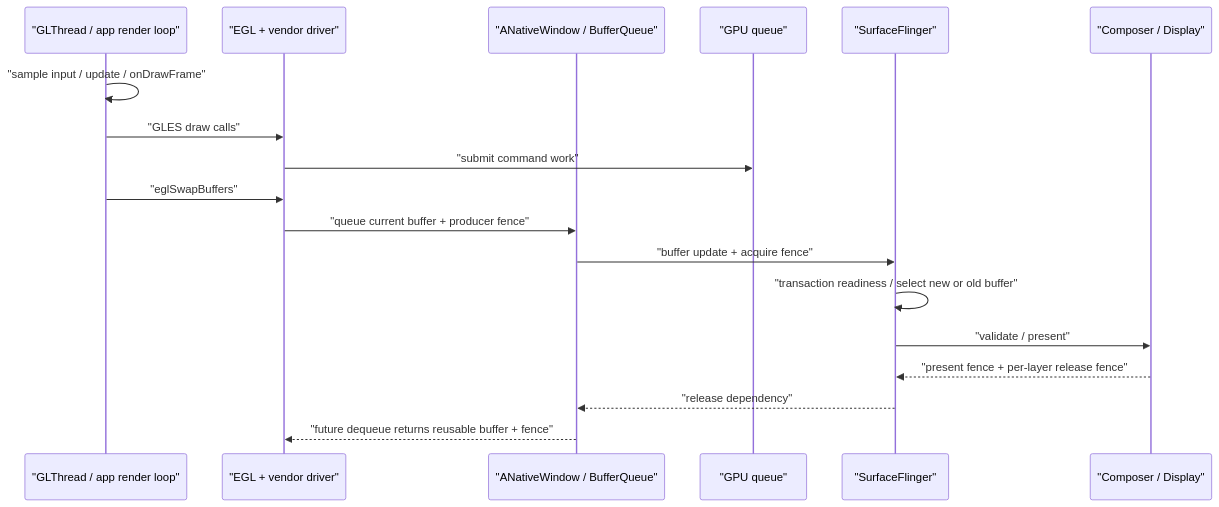
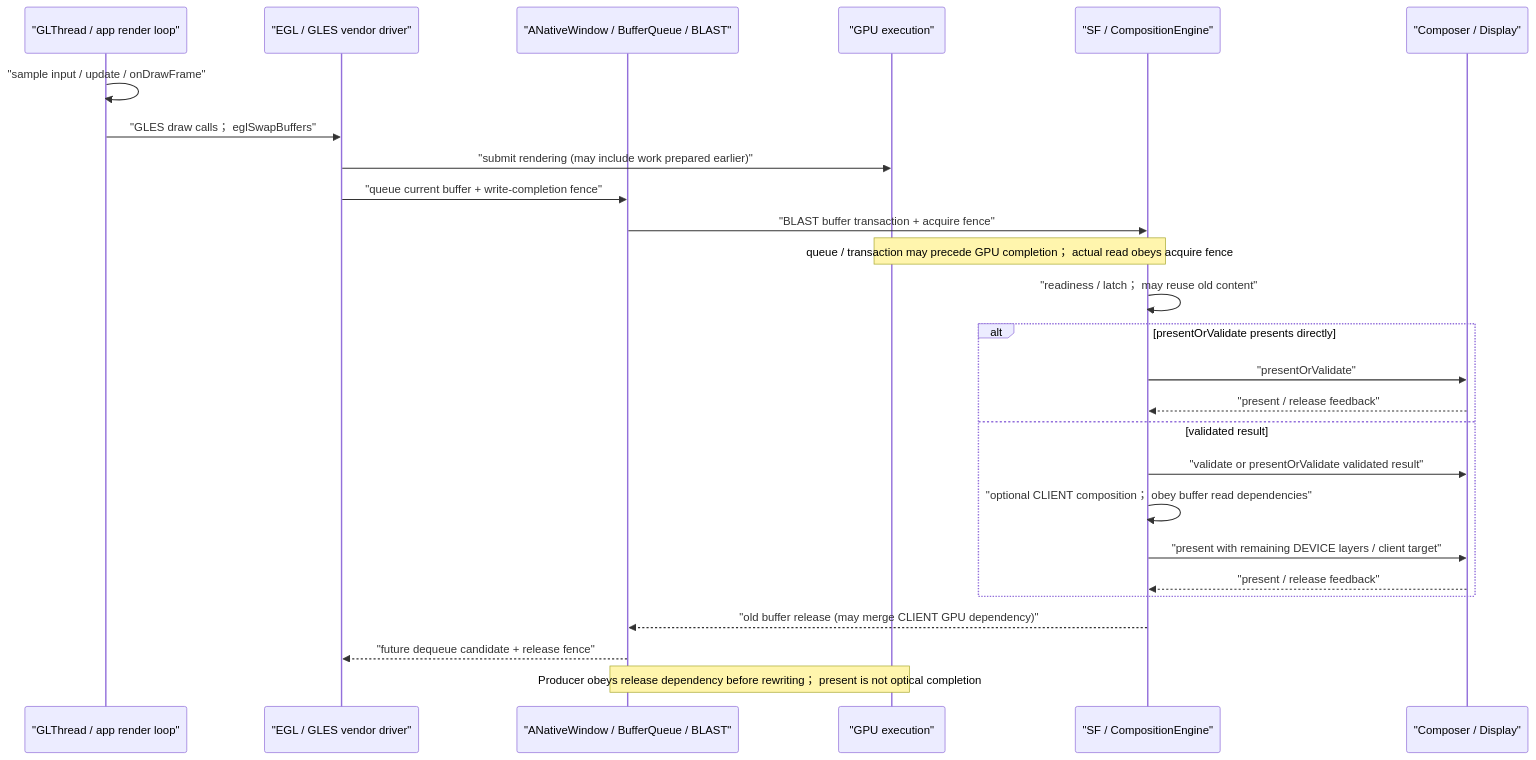
One commit to Gracker/android-internals-wiki changed the second of 4 diagrams in src/part2-performance/ch13-rendering-pipelines/04-opengl-egl-angle.md. Above: the diagram before and after it, drawn with Mermaid. The commit also changed other lines of this file and 196 other files, not shown here.

````diff
--- a/src/part2-performance/ch13-rendering-pipelines/04-opengl-egl-angle.md
+++ b/src/part2-performance/ch13-rendering-pipelines/04-opengl-egl-angle.md
@@ -254,21 +291,28 @@
 ```mermaid
 sequenceDiagram
     participant GLThreadLoop as "GLThread / app render loop"
-    participant EGL as "EGL + vendor driver"
-    participant BQ as "ANativeWindow / BufferQueue"
-    participant GPU as "GPU queue"
-    participant SF as "SurfaceFlinger"
+    participant Driver as "EGL / GLES vendor driver"
+    participant BQ as "ANativeWindow / BufferQueue / BLAST"
+    participant GPU as "GPU execution"
+    participant SF as "SF / CompositionEngine"
     participant HWC as "Composer / Display"
-
     GLThreadLoop->>GLThreadLoop: "sample input / update / onDrawFrame"
-    GLThreadLoop->>EGL: "GLES draw calls"
-    EGL->>GPU: "submit command work"
-    GLThreadLoop->>EGL: "eglSwapBuffers"
-    EGL->>BQ: "queue current buffer + producer fence"
-    BQ->>SF: "buffer update + acquire fence"
-    SF->>SF: "transaction readiness / select new or old buffer"
-    SF->>HWC: "validate / present"
-    HWC-->>SF: "present fence + per-layer release fence"
-    SF-->>BQ: "release dependency"
-    BQ-->>EGL: "future dequeue returns reusable buffer + fence"
+    GLThreadLoop->>Driver: "GLES draw calls； eglSwapBuffers"
+    Driver->>GPU: "submit rendering (may include work prepared earlier)"
+    Driver->>BQ: "queue current buffer + write-completion fence"
+    BQ->>SF: "BLAST buffer transaction + acquire fence"
+    Note over GPU,SF: queue / transaction may precede GPU completion； actual read obeys acquire fence
+    SF->>SF: "readiness / latch； may reuse old content"
+    alt presentOrValidate presents directly
+        SF->>HWC: "presentOrValidate"
+        HWC-->>SF: "present / release feedback"
+    else validated result
+        SF->>HWC: "validate or presentOrValidate validated result"
+        SF->>SF: "optional CLIENT composition； obey buffer read dependencies"
+        SF->>HWC: "present with remaining DEVICE layers / client target"
+        HWC-->>SF: "present / release feedback"
+    end
+    SF-->>BQ: "old buffer release (may merge CLIENT GPU dependency)"
+    BQ-->>Driver: "future dequeue candidate + release fence"
+    Note over BQ,GPU: Producer obeys release dependency before rewriting； present is not optical completion
 ```
````
